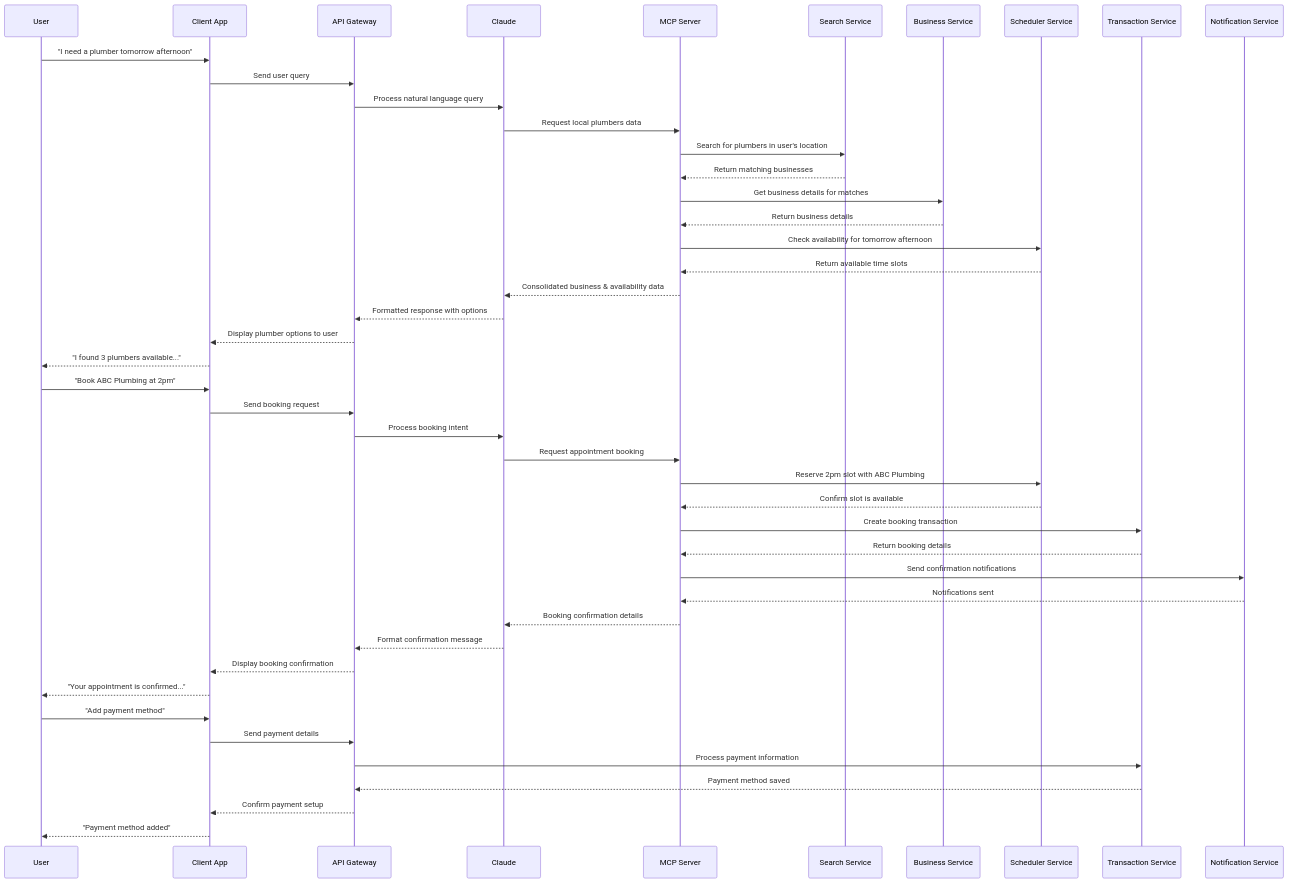
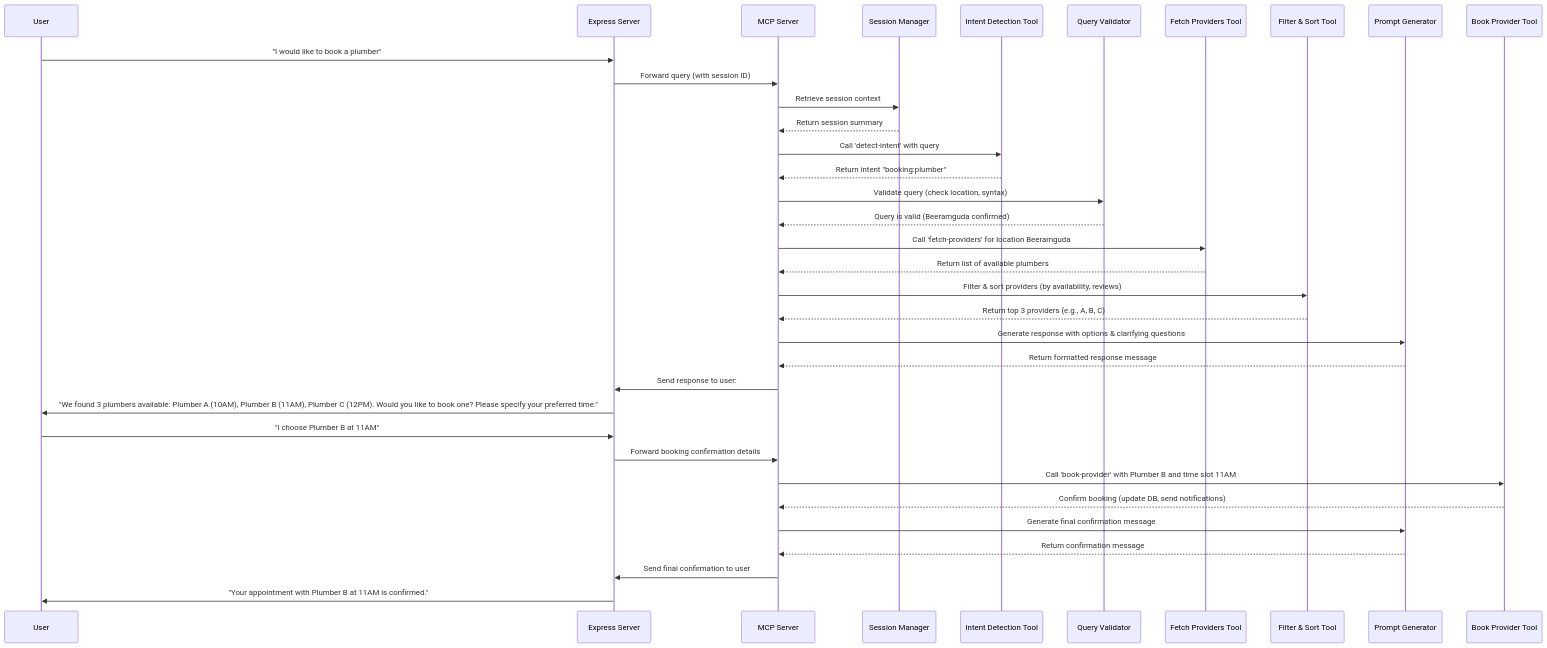
The diagram in docs/sequence_diagram.md (mandula-abhilash/visdak-see), drawn with Mermaid before and after one commit. The commit also changed other lines of this file, not shown here.

Commit message:
Update sequence diagram

````diff
--- a/docs/sequence_diagram.md
+++ b/docs/sequence_diagram.md
@@ -3,53 +3,38 @@
 ```mermaid
 sequenceDiagram
-    participant User
-    participant App as Client App
-    participant API as API Gateway
-    participant Claude
-    participant MCP as MCP Server
-    participant SearchSvc as Search Service
-    participant BizSvc as Business Service
-    participant SchedSvc as Scheduler Service
-    participant TxnSvc as Transaction Service
-    participant NotifSvc as Notification Service
+    participant U as User
+    participant E as Express Server
+    participant S as MCP Server
+    participant SD as Session Manager
+    participant ID as Intent Detection Tool
+    participant DV as Query Validator
+    participant FP as Fetch Providers Tool
+    participant FS as Filter & Sort Tool
+    participant PR as Prompt Generator
+    participant BP as Book Provider Tool
 
-    %% Search Flow
-    User->>App: "I need a plumber tomorrow afternoon"
-    App->>API: Send user query
-    API->>Claude: Process natural language query
-    Claude->>MCP: Request local plumbers data
-    MCP->>SearchSvc: Search for plumbers in user's location
-    SearchSvc-->>MCP: Return matching businesses
-    MCP->>BizSvc: Get business details for matches
-    BizSvc-->>MCP: Return business details
-    MCP->>SchedSvc: Check availability for tomorrow afternoon
-    SchedSvc-->>MCP: Return available time slots
-    MCP-->>Claude: Consolidated business & availability data
-    Claude-->>API: Formatted response with options
-    API-->>App: Display plumber options to user
-    App-->>User: "I found 3 plumbers available..."
-
-    %% Booking Flow
-    User->>App: "Book ABC Plumbing at 2pm"
-    App->>API: Send booking request
-    API->>Claude: Process booking intent
-    Claude->>MCP: Request appointment booking
-    MCP->>SchedSvc: Reserve 2pm slot with ABC Plumbing
-    SchedSvc-->>MCP: Confirm slot is available
-    MCP->>TxnSvc: Create booking transaction
-    TxnSvc-->>MCP: Return booking details
-    MCP->>NotifSvc: Send confirmation notifications
-    NotifSvc-->>MCP: Notifications sent
-    MCP-->>Claude: Booking confirmation details
-    Claude-->>API: Format confirmation message
-    API-->>App: Display booking confirmation
-    App-->>User: "Your appointment is confirmed..."
-
-    %% Optional Payment Flow
-    User->>App: "Add payment method"
-    App->>API: Send payment details
-    API->>TxnSvc: Process payment information
-    TxnSvc-->>API: Payment method saved
-    API-->>App: Confirm payment setup
-    App-->>User: "Payment method added"
+    U->>E: "I would like to book a plumber"
+    E->>S: Forward query (with session ID)
+    S->>SD: Retrieve session context
+    SD-->>S: Return session summary
+    S->>ID: Call 'detect-intent' with query
+    ID-->>S: Return intent "booking:plumber"
+    S->>DV: Validate query (check location, syntax)
+    DV-->>S: Query is valid (Beeramguda confirmed)
+    S->>FP: Call 'fetch-providers' for location Beeramguda
+    FP-->>S: Return list of available plumbers
+    S->>FS: Filter & sort providers (by availability, reviews)
+    FS-->>S: Return top 3 providers (e.g., A, B, C)
+    S->>PR: Generate response with options & clarifying questions
+    PR-->>S: Return formatted response message
+    S->>E: Send response to user:
+    E->>U: "We found 3 plumbers available: Plumber A (10AM), Plumber B (11AM), Plumber C (12PM). Would you like to book one? Please specify your preferred time."
+    U->>E: "I choose Plumber B at 11AM"
+    E->>S: Forward booking confirmation details
+    S->>BP: Call 'book-provider' with Plumber B and time slot 11AM
+    BP-->>S: Confirm booking (update DB, send notifications)
+    S->>PR: Generate final confirmation message
+    PR-->>S: Return confirmation message
+    S->>E: Send final confirmation to user
+    E->>U: "Your appointment with Plumber B at 11AM is confirmed."
 ```
````
